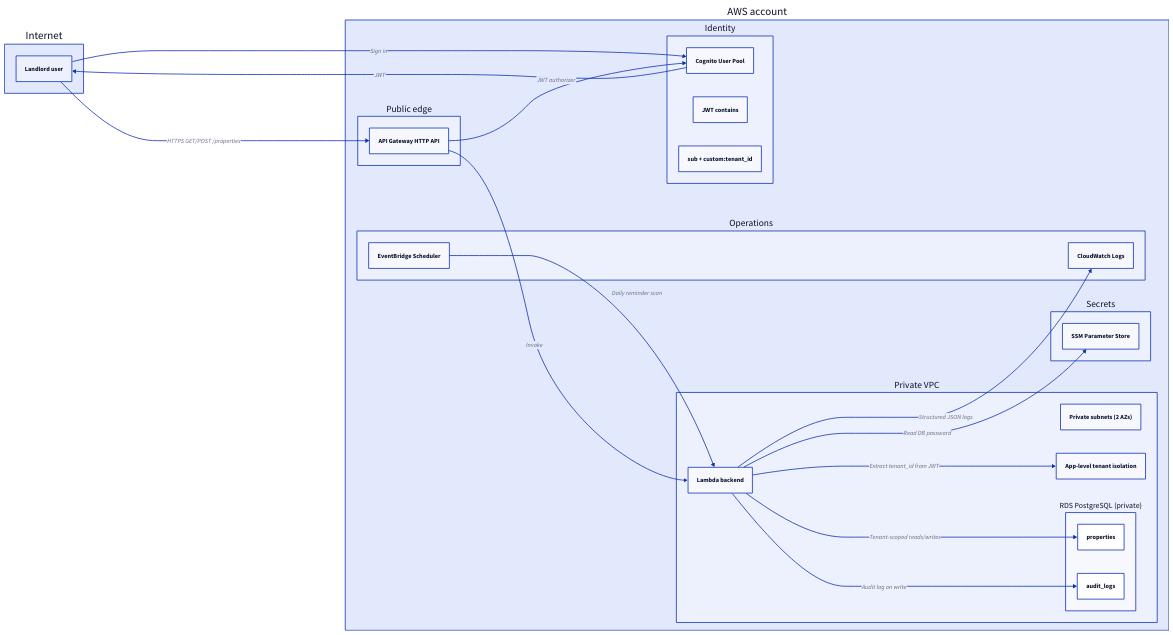
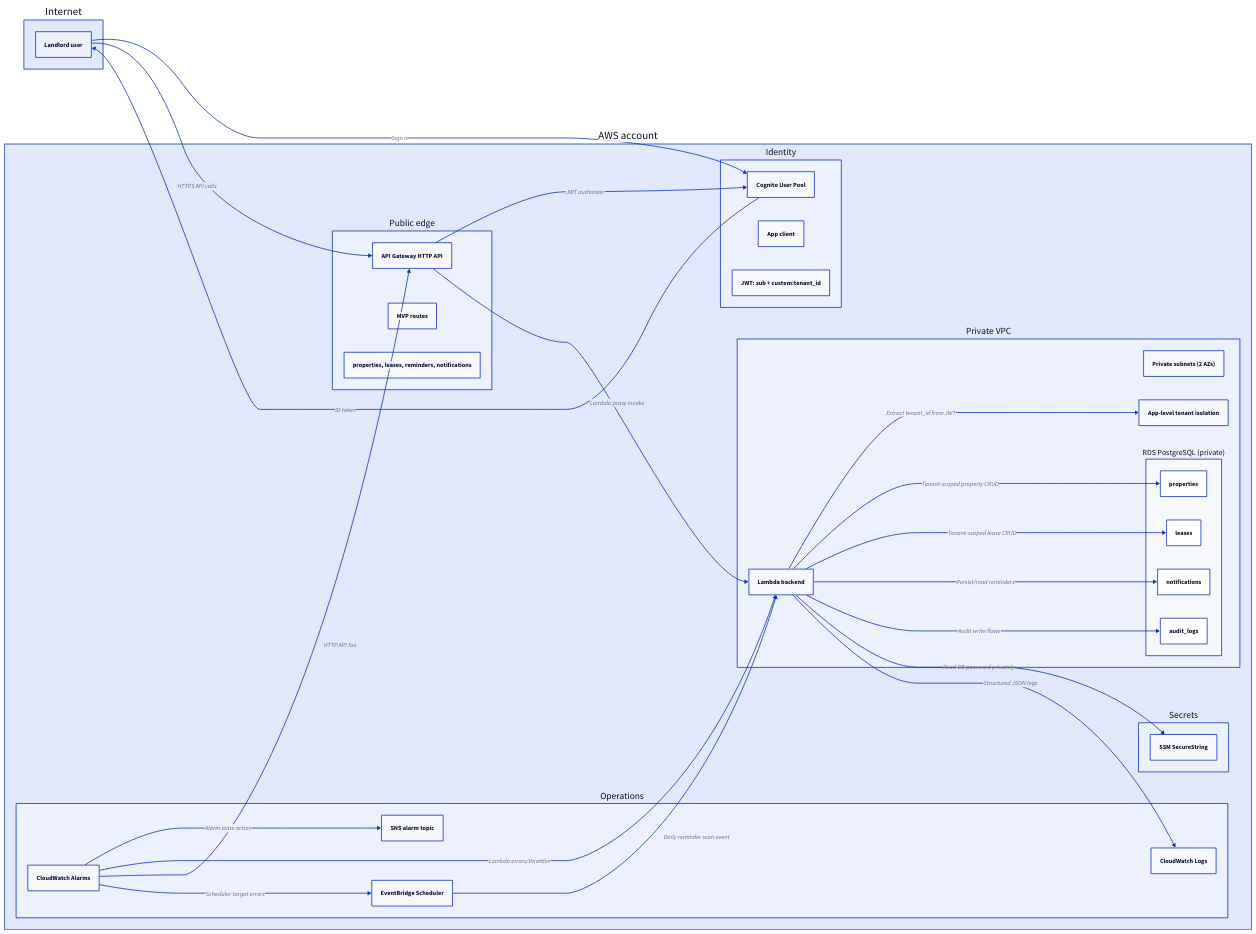
Before and after one commit to Alpine78/leaseflow: the diagram in docs/diagrams/leaseflow-architecture.d2, drawn with D2. The commit also changed 5 other files, not shown here.

Commit message:
docs: add MVP demo flow and refresh architecture diagram (#74)

```diff
--- a/docs/diagrams/leaseflow-architecture.d2
+++ b/docs/diagrams/leaseflow-architecture.d2
@@ -1,49 +1,64 @@
 direction: right
 
 internet: Internet {
   landlord_user: Landlord user
 }
 
 aws: AWS account {
   public_edge: Public edge {
     api_gateway: API Gateway HTTP API
+    routes_note: MVP routes
+    route_scope: properties, leases, reminders, notifications
   }
 
   identity: Identity {
     cognito: Cognito User Pool
-    jwt_note: JWT contains
-    claims_note: sub + custom:tenant_id
+    app_client: App client
+    claims_note: JWT: sub + custom:tenant_id
   }
 
   operations: Operations {
-    cloudwatch: CloudWatch Logs
+    cloudwatch_logs: CloudWatch Logs
+    cloudwatch_alarms: CloudWatch Alarms
+    sns_topic: SNS alarm topic
     eventbridge: EventBridge Scheduler
   }
 
   secrets: Secrets {
-    ssm: SSM Parameter Store
+    ssm: SSM SecureString
   }
 
   vpc: Private VPC {
     private_subnets: Private subnets (2 AZs)
     lambda_backend: Lambda backend
     tenant_note: App-level tenant isolation
 
     rds_postgres: RDS PostgreSQL (private) {
       properties_table: properties
+      leases_table: leases
+      notifications_table: notifications
       audit_logs_table: audit_logs
     }
   }
 }
 
 internet.landlord_user -> aws.identity.cognito: Sign in
-aws.identity.cognito -> internet.landlord_user: JWT
-internet.landlord_user -> aws.public_edge.api_gateway: HTTPS GET/POST /properties
+aws.identity.cognito -> internet.landlord_user: ID token
+internet.landlord_user -> aws.public_edge.api_gateway: HTTPS API calls
 aws.public_edge.api_gateway -> aws.identity.cognito: JWT authorizer
-aws.public_edge.api_gateway -> aws.vpc.lambda_backend: Invoke
+aws.public_edge.api_gateway -> aws.vpc.lambda_backend: Lambda proxy invoke
+
 aws.vpc.lambda_backend -> aws.vpc.tenant_note: Extract tenant_id from JWT
-aws.vpc.lambda_backend -> aws.vpc.rds_postgres.properties_table: Tenant-scoped reads/writes
-aws.vpc.lambda_backend -> aws.vpc.rds_postgres.audit_logs_table: Audit log on write
-aws.vpc.lambda_backend -> aws.secrets.ssm: Read DB password
-aws.vpc.lambda_backend -> aws.operations.cloudwatch: Structured JSON logs
-aws.operations.eventbridge -> aws.vpc.lambda_backend: Daily reminder scan
+aws.vpc.lambda_backend -> aws.vpc.rds_postgres.properties_table: Tenant-scoped property CRUD
+aws.vpc.lambda_backend -> aws.vpc.rds_postgres.leases_table: Tenant-scoped lease CRUD
+aws.vpc.lambda_backend -> aws.vpc.rds_postgres.notifications_table: Persist/read reminders
+aws.vpc.lambda_backend -> aws.vpc.rds_postgres.audit_logs_table: Audit write flows
+
+aws.vpc.lambda_backend -> aws.secrets.ssm: Read DB password privately
+
+aws.operations.eventbridge -> aws.vpc.lambda_backend: Daily reminder scan event
+aws.vpc.lambda_backend -> aws.operations.cloudwatch_logs: Structured JSON logs
+aws.operations.cloudwatch_alarms -> aws.operations.sns_topic: Alarm state action
+aws.operations.cloudwatch_alarms -> aws.vpc.lambda_backend: Lambda errors/throttles
+aws.operations.cloudwatch_alarms -> aws.public_edge.api_gateway: HTTP API 5xx
+aws.operations.cloudwatch_alarms -> aws.operations.eventbridge: Scheduler target errors
```
